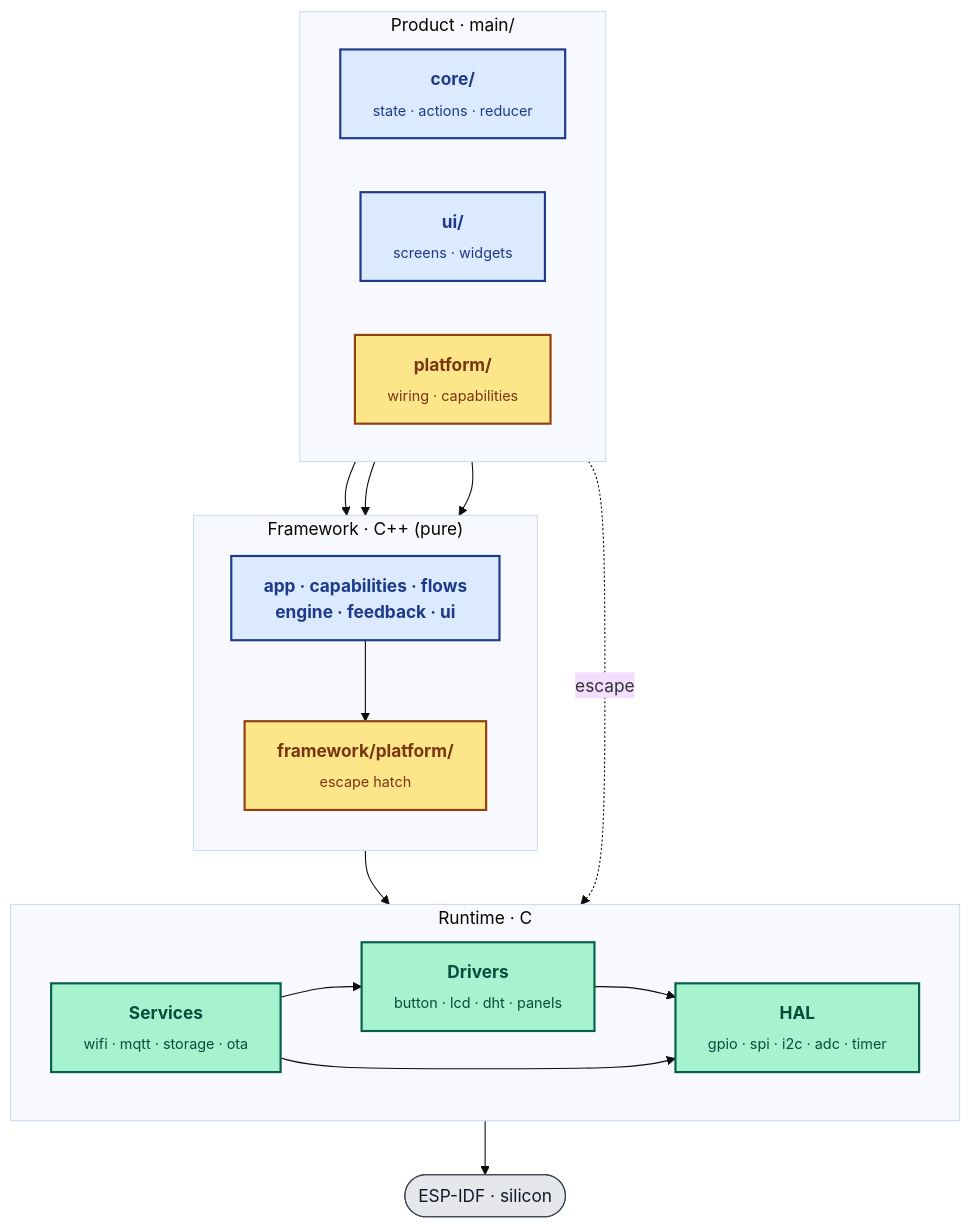
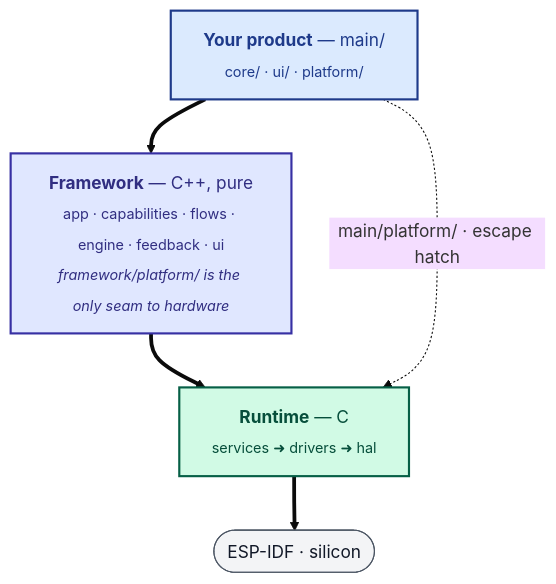
Before and after one commit to oguzkaganozt/blusys: the diagram in README.md, drawn with Mermaid (base theme).

Commit message:
docs: simplify README architecture mermaid to four boxes
Collapse each layer into a single node with members as subtitles. Four
boxes vertical (product → framework → runtime → ESP-IDF), one dotted
escape arrow from main/platform/ to runtime. Rules below the diagram
carry the precise semantics; the picture just shows canonical-plus-escape.

````diff
--- a/README.md
+++ b/README.md
@@ -61,45 +61,20 @@
 ```mermaid
 flowchart TB
-    subgraph prod["Product · main/"]
-        direction LR
-        core["<b>core/</b><br/><sub>state · actions · reducer</sub>"]
-        pui["<b>ui/</b><br/><sub>screens · widgets</sub>"]
-        mplat["<b>platform/</b><br/><sub>wiring · capabilities</sub>"]
-    end
-
-    subgraph fw["Framework · C++ (pure)"]
-        direction TB
-        pure["<b>app · capabilities · flows</b><br/><b>engine · feedback · ui</b>"]
-        fplat["<b>framework/platform/</b><br/><sub>escape hatch</sub>"]
-        pure --> fplat
-    end
-
-    subgraph rt["Runtime · C"]
-        direction LR
-        svc["<b>Services</b><br/><sub>wifi · mqtt · storage · ota</sub>"]
-        drv["<b>Drivers</b><br/><sub>button · lcd · dht · panels</sub>"]
-        hal["<b>HAL</b><br/><sub>gpio · spi · i2c · adc · timer</sub>"]
-        svc --> drv
-        drv --> hal
-        svc --> hal
-    end
-
+    prod["<b>Your product</b> — main/<br/><sub>core/ · ui/ · platform/</sub>"]
+    fw["<b>Framework</b> — C++, pure<br/><sub>app · capabilities · flows · engine · feedback · ui</sub><br/><sub><i>framework/platform/ is the only seam to hardware</i></sub>"]
+    rt["<b>Runtime</b> — C<br/><sub>services ➜ drivers ➜ hal</sub>"]
     idf([ESP-IDF · silicon])
 
-    core  --> pure
-    pui   --> pure
-    mplat --> pure
-    fplat --> rt
-    mplat -. escape .-> rt
-    hal   --> idf
+    prod ==> fw ==> rt ==> idf
+    prod -. "main/platform/ · escape hatch" .-> rt
 
-    classDef pure   fill:#dbeafe,stroke:#1e3a8a,color:#1e3a8a,stroke-width:2px
-    classDef escape fill:#fde68a,stroke:#92400e,color:#78350f,stroke-width:2px
-    classDef cc     fill:#a7f3d0,stroke:#065f46,color:#064e3b,stroke-width:2px
-    classDef idf    fill:#e5e7eb,stroke:#374151,color:#111827
+    classDef a fill:#dbeafe,stroke:#1e3a8a,stroke-width:2px,color:#1e3a8a
+    classDef b fill:#e0e7ff,stroke:#3730a3,stroke-width:2px,color:#312e81
+    classDef c fill:#d1fae5,stroke:#065f46,stroke-width:2px,color:#064e3b
+    classDef d fill:#f3f4f6,stroke:#4b5563,color:#111827
 
-    class core,pui,pure pure
-    class mplat,fplat escape
-    class svc,drv,hal cc
-    class idf idf
+    class prod a
+    class fw b
+    class rt c
+    class idf d
 ```
````
